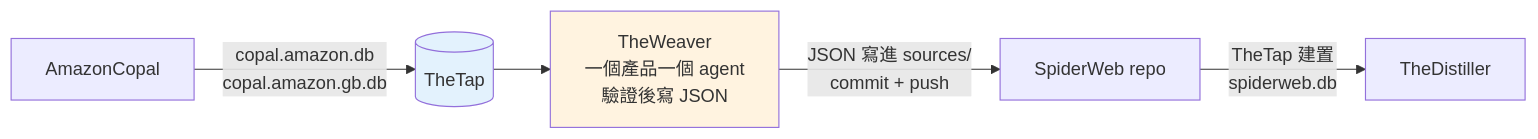
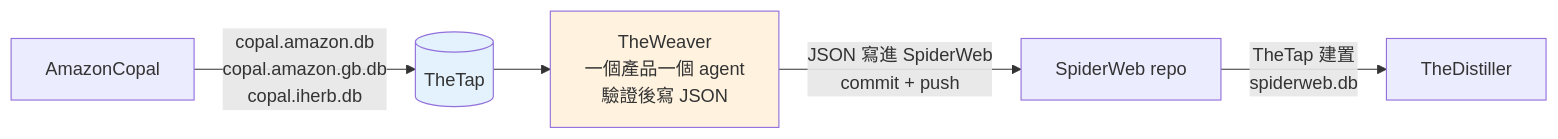
Before and after one commit to mapleelpam/LuminNexus-LearningMap: the first of 2 diagrams in projects/alchemymind/theweaver.md, drawn with Mermaid. The commit also changed other lines of this file and 18 other files, not shown here.

````diff
--- a/projects/alchemymind/theweaver.md
+++ b/projects/alchemymind/theweaver.md
@@ -89,10 +91,10 @@
 ```mermaid
 graph LR
-    CO[AmazonCopal] -->|copal.amazon.db<br/>copal.amazon.gb.db| TAP[(TheTap)]
+    CO[AmazonCopal] -->|copal.amazon.db<br/>copal.amazon.gb.db<br/>copal.iherb.db| TAP[(TheTap)]
     TAP --> WE[TheWeaver<br/>一個產品一個 agent<br/>驗證後寫 JSON]
-    WE -->|JSON 寫進 sources/<br/>commit + push| SW[SpiderWeb repo]
+    WE -->|JSON 寫進 SpiderWeb<br/>commit + push| SW[SpiderWeb repo]
     SW -->|TheTap 建置<br/>spiderweb.db| DI[TheDistiller]
 
     style WE fill:#fff3e0
     style TAP fill:#e3f2fd
 ```
````
